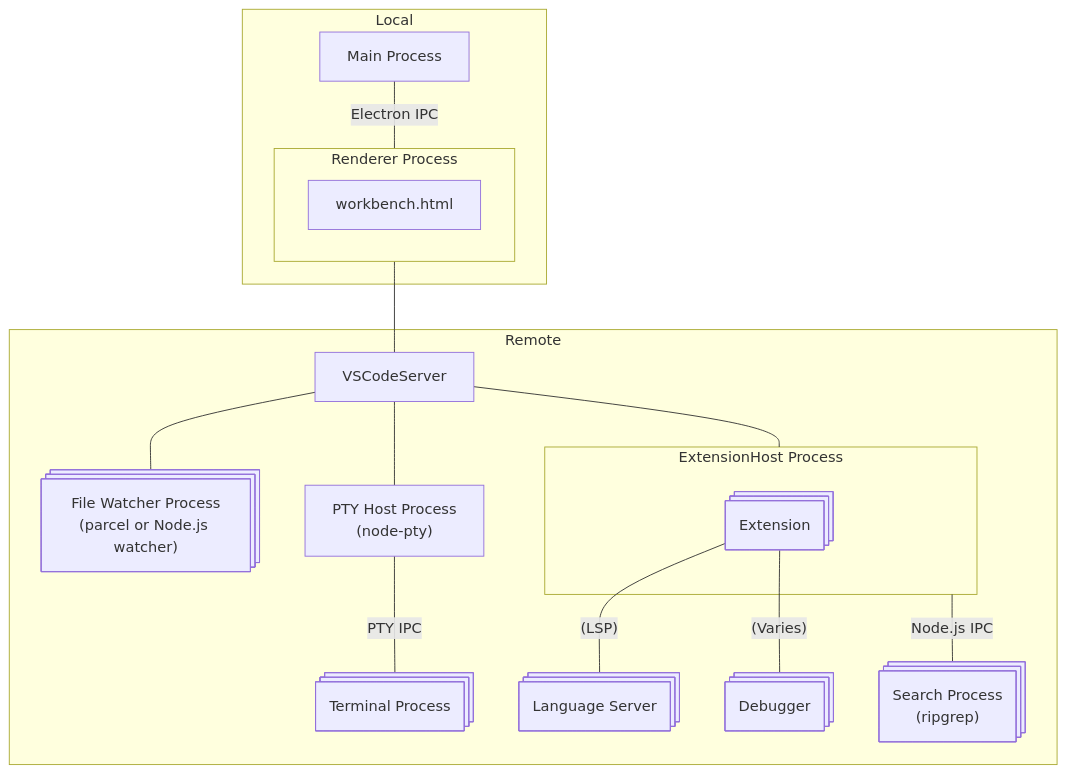
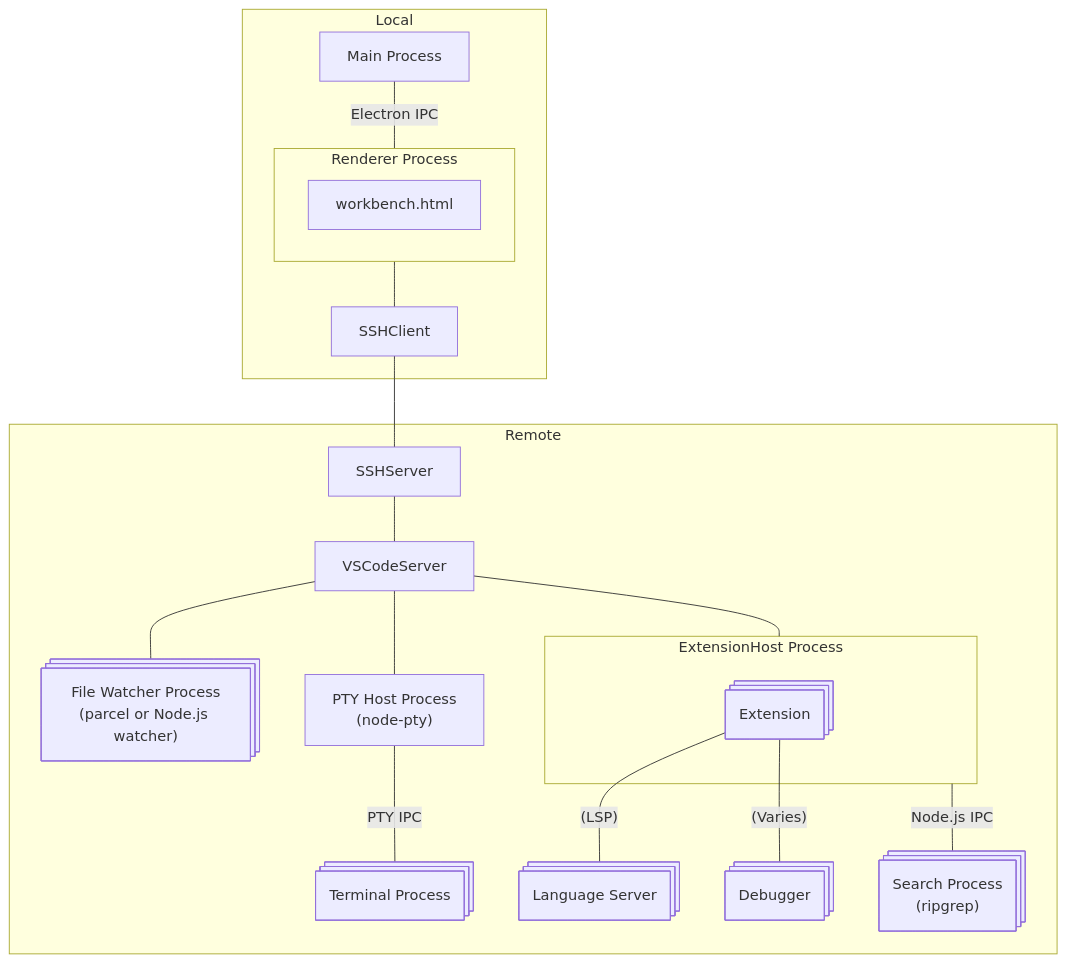
Before and after one commit to tamuratak/latex-toybox: the diagram in dev/memo/arch_of_vscode_remote.md, drawn with Mermaid.

Commit message:
fixup! fixup! fixup! fixup! fixup! fixup! fixup! fixup! fixup! feat: Add flowchart diagram for VS Code architecture in arch_of_vscode.md [skip ci]

````diff
--- a/dev/memo/arch_of_vscode_remote.md
+++ b/dev/memo/arch_of_vscode_remote.md
@@ -4,30 +4,34 @@
 ```mermaid
 flowchart TB
     subgraph Local
         MainProcess[Main Process]
         subgraph RendererProcess [Renderer Process]
             workbench.html
         end
+        SSHClient
     end
     subgraph Remote
+        SSHServer
         VSCodeServer
         subgraph ExtensionHostProcess  [ExtensionHost Process]
             Extension@{ shape: procs }
         end
         SearchProcess@{ shape: procs, label: "Search Process<br/>(ripgrep)" }
         PTYHostProcess@{ label: "PTY Host Process<br/>(node-pty)" }
         TerminalProcess@{ shape: procs, label: "Terminal Process" }
         FileWatcherProcess@{ shape: procs, label: "File Watcher Process<br/>(parcel or Node.js watcher)" }
         LanguageServer@{ shape: procs, label: "Language Server" }
         Debugger@{ shape: procs }
     end
     MainProcess -- Electron IPC --- RendererProcess
-    RendererProcess --- VSCodeServer
+    RendererProcess --- SSHClient
+    SSHClient --- SSHServer
+    SSHServer --- VSCodeServer
     VSCodeServer --- ExtensionHostProcess
     VSCodeServer --- FileWatcherProcess
     VSCodeServer --- PTYHostProcess
     PTYHostProcess -- PTY IPC --- TerminalProcess
     ExtensionHostProcess -- Node.js IPC --- SearchProcess
     Extension -- (LSP) --- LanguageServer
     Extension -- (Varies) --- Debugger
 ```
````
